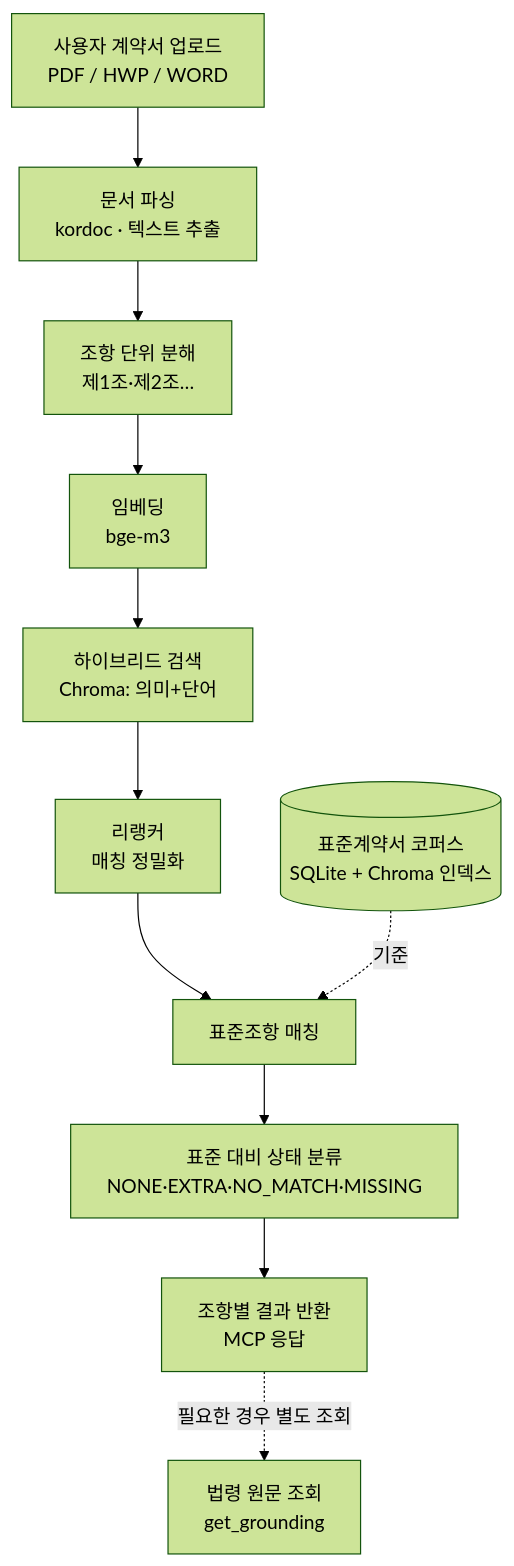
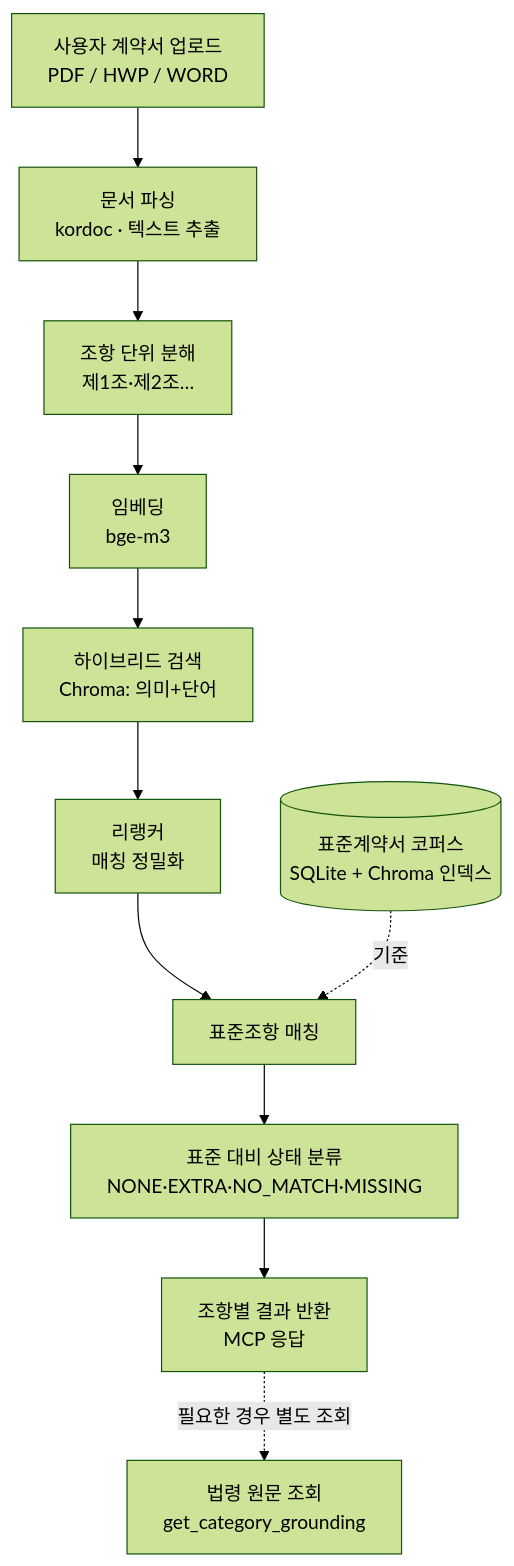
One commit to Hong1008/SKN30-3rd-2Team changed the diagram in docs/01.mvp_기획.md. Above: the diagram before and after it, drawn with Mermaid (forest theme). The commit also changed other lines of this file and 17 other files, not shown here.

Commit message:
feat: add get_category_grounding tool and corresponding DTOs for legal grounding support

````diff
--- a/docs/01.mvp_기획.md
+++ b/docs/01.mvp_기획.md
@@ -43,14 +43,14 @@
 ```mermaid
 flowchart TD
     A[사용자 계약서 업로드<br/>PDF / HWP / WORD] --> B[문서 파싱<br/>kordoc · 텍스트 추출]
     B --> C[조항 단위 분해<br/>제1조·제2조…]
     C --> D[임베딩<br/>bge-m3]
     D --> E[하이브리드 검색<br/>Chroma: 의미+단어]
     E --> F[리랭커<br/>매칭 정밀화]
     F --> G[표준조항 매칭]
     G --> H[표준 대비 상태 분류<br/>NONE·EXTRA·NO_MATCH·MISSING]
     H --> J[조항별 결과 반환<br/>MCP 응답]
-    J -.필요한 경우 별도 조회.-> I[법령 원문 조회<br/>get_grounding]
+    J -.필요한 경우 별도 조회.-> I[법령 원문 조회<br/>get_category_grounding]
 
     K[(표준계약서 코퍼스<br/>SQLite + Chroma 인덱스)] -.기준.-> G
 ```
````
